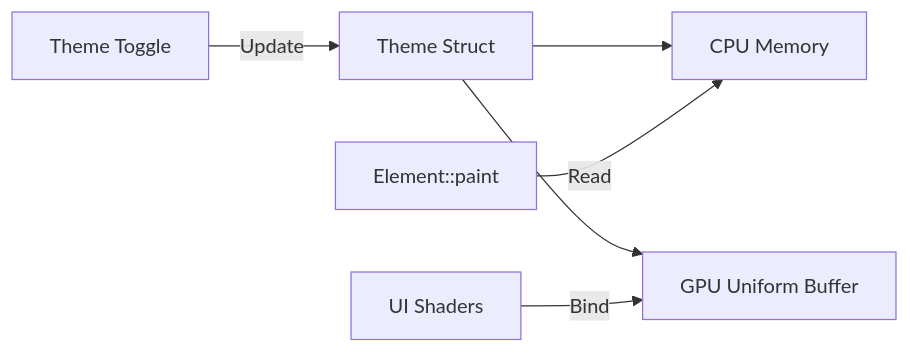
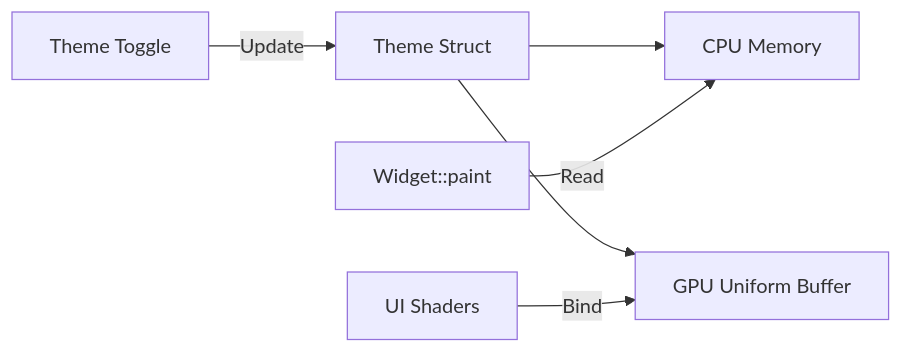
One commit to shi-yan/AssortedWidgets changed the sixth of 7 diagrams in .claude/CLAUDE.md. Above: the diagram before and after it, drawn with Mermaid. The commit also changed other lines of this file and 2 other files, not shown here.

````diff
--- a/.claude/CLAUDE.md
+++ b/.claude/CLAUDE.md
@@ -223,8 +356,8 @@
 ```mermaid
 graph LR
     A[Theme Struct] --> B[CPU Memory]
     A --> C[GPU Uniform Buffer]
     D[UI Shaders] -->|Bind| C
-    E[Element::paint] -->|Read| B
+    E[Widget::paint] -->|Read| B
     F[Theme Toggle] -->|Update| A
 ```
````
